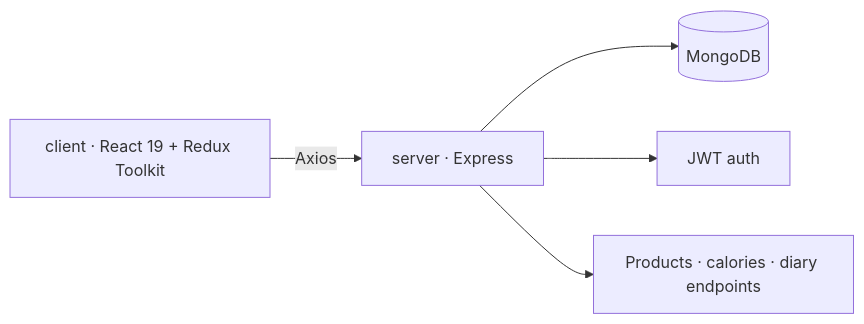
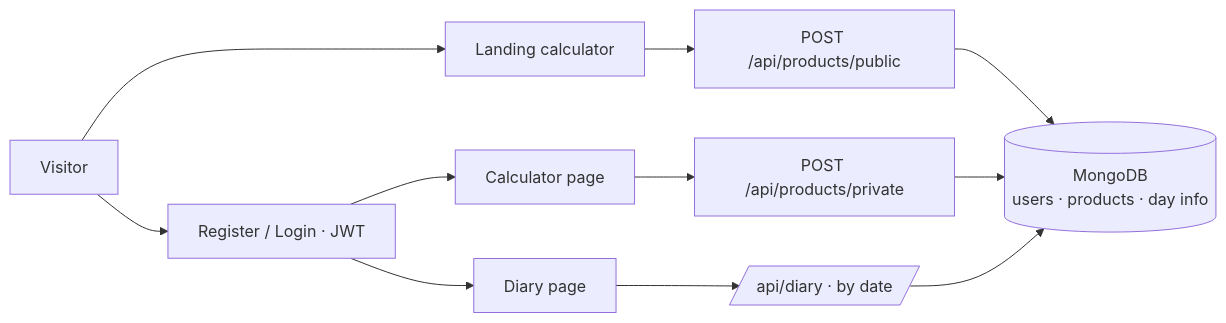
The diagram in README.md (kutluhangil/SlimMoms), drawn with Mermaid before and after one commit. The commit also changed other lines of this file and 3 other files, not shown here.

````diff
--- a/README.md
+++ b/README.md
@@ -37,7 +53,12 @@
 ```mermaid
 flowchart LR
-  C[client · React 19 + Redux Toolkit] -- Axios --> S[server · Express]
-  S --> DB[(MongoDB)]
-  S --> AUTH[JWT auth]
-  S --> P[Products · calories · diary endpoints]
+  U[Visitor] --> CALC[Landing calculator]
+  CALC --> PUB[POST /api/products/public]
+  U --> AUTH[Register / Login · JWT]
+  AUTH --> DIARY[Diary page]
+  AUTH --> CP[Calculator page] --> PRIV[POST /api/products/private]
+  DIARY --> D[/api/diary · by date/]
+  PUB --> DB[(MongoDB<br/>users · products · day info)]
+  PRIV --> DB
+  D --> DB
 ```
````
